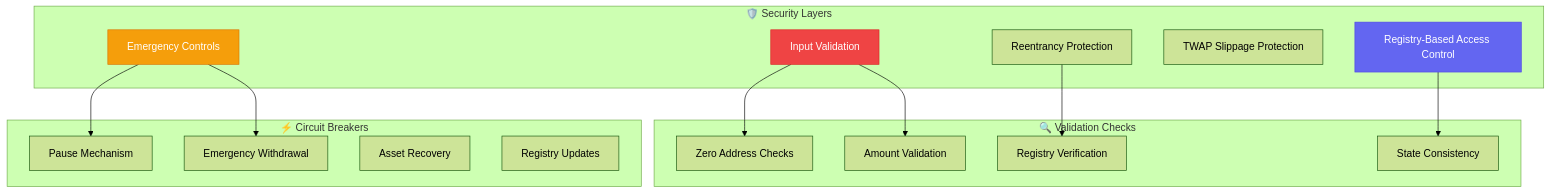
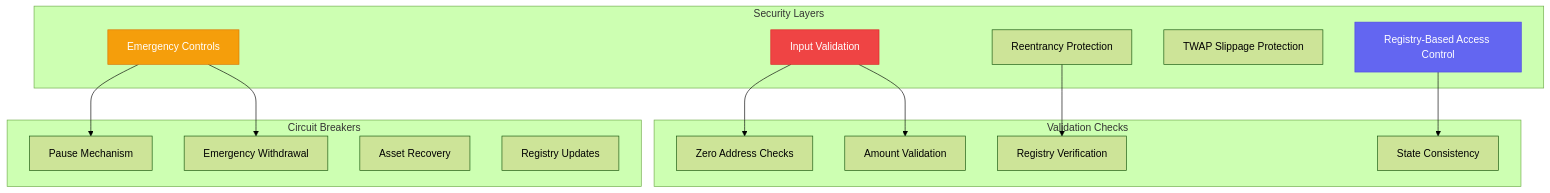
Before and after one commit to 47-Eagle/docs: the fifth of 5 diagrams in docs/dev/architecture.md, drawn with Mermaid (forest theme). The commit also changed other lines of this file and 2 other files, not shown here.

````diff
--- a/docs/dev/architecture.md
+++ b/docs/dev/architecture.md
@@ -401,35 +401,35 @@
 ```mermaid
 graph TD
-    subgraph "🛡️ Security Layers"
+    subgraph "Security Layers"
         L1[Input Validation]
         L2[Reentrancy Protection] 
         L3[Registry-Based Access Control]
         L4[TWAP Slippage Protection]
         L5[Emergency Controls]
     end
     
-    subgraph "🔍 Validation Checks"
+    subgraph "Validation Checks"
         V1[Zero Address Checks]
         V2[Amount Validation]
         V3[Registry Verification]
         V4[State Consistency]
     end
     
-    subgraph "⚡ Circuit Breakers"
+    subgraph "Circuit Breakers"
         C1[Pause Mechanism]
         C2[Emergency Withdrawal]
         C3[Asset Recovery]
         C4[Registry Updates]
     end
     
     L1 --> V1
     L1 --> V2
     L2 --> V3
     L3 --> V4
     L5 --> C1
     L5 --> C2
     
     style L1 fill:#ef4444,stroke:#dc2626,color:#fff
     style L3 fill:#6366f1,stroke:#4f46e5,color:#fff
     style L5 fill:#f59e0b,stroke:#d97706,color:#fff
 ```
````
